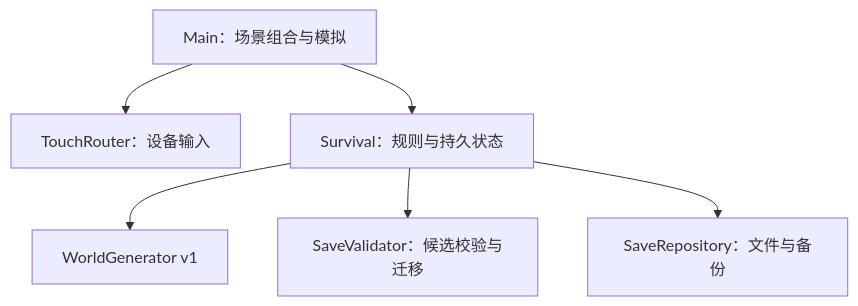
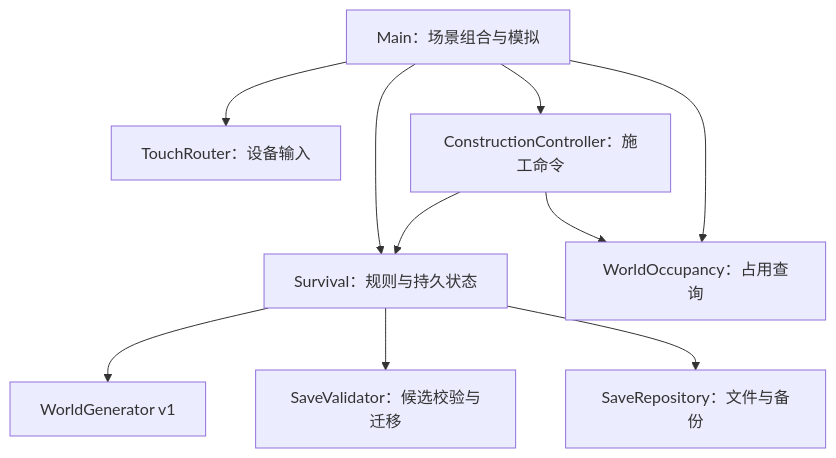
One commit to 54854434/ember-camp changed the diagram in docs/ARCHITECTURE.md. Above: the diagram before and after it, drawn with Mermaid. The commit also changed other lines of this file and 14 other files, not shown here.

Commit message:
Unify construction commands and live world occupancy checks

````diff
--- a/docs/ARCHITECTURE.md
+++ b/docs/ARCHITECTURE.md
@@ -7,8 +7,12 @@
 ```mermaid
 flowchart TD
     Main["Main：场景组合与模拟"] --> Touch["TouchRouter：设备输入"]
     Main --> State["Survival：规则与持久状态"]
+    Main --> Construction["ConstructionController：施工命令"]
+    Construction --> Occupancy["WorldOccupancy：占用查询"]
+    Construction --> State
+    Main --> Occupancy
     State --> Generator["WorldGenerator v1"]
     State --> Validator["SaveValidator：候选校验与迁移"]
     State --> Save["SaveRepository：文件与备份"]
 ```
````
